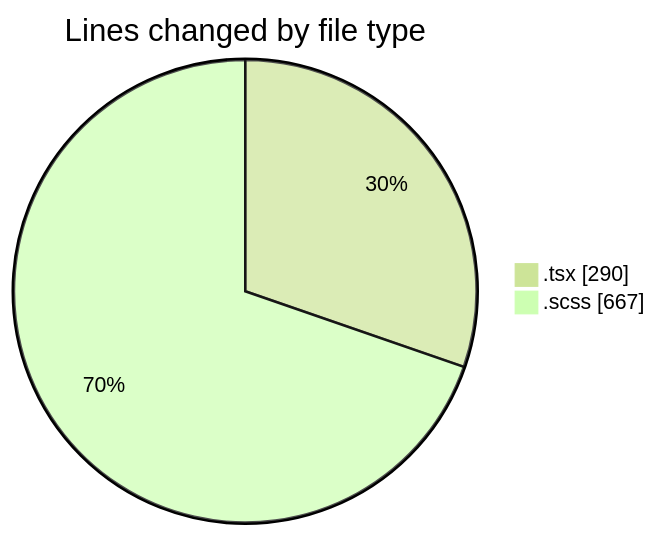
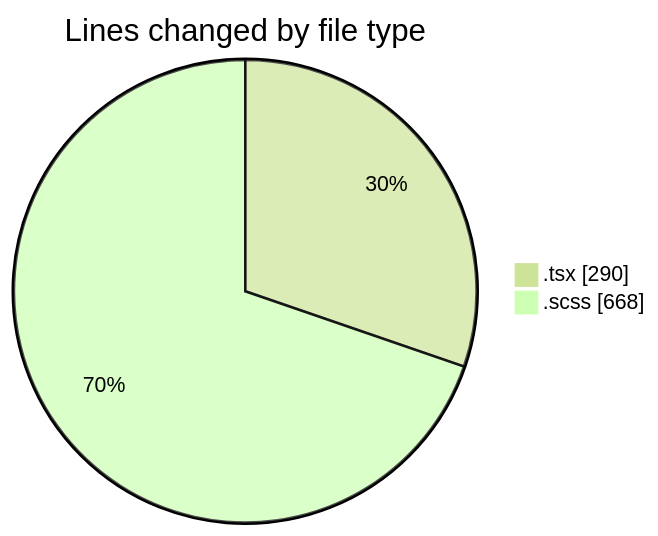
One commit to momahboobian/code-tracking changed the first of 2 diagrams in 2025-09-19/cda/README.md. Above: the diagram before and after it, drawn with Mermaid (forest theme). The commit also changed other lines of this file and 1 other file, not shown here.

````diff
--- a/2025-09-19/cda/README.md
+++ b/2025-09-19/cda/README.md
@@ -21,6 +21,6 @@
 ```mermaid
 pie showData
 title Lines changed by file type
 ".tsx" : 290
-".scss" : 667
+".scss" : 668
 ```
````
